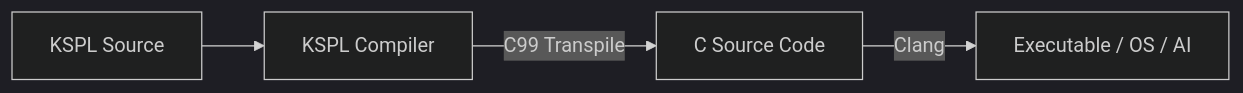
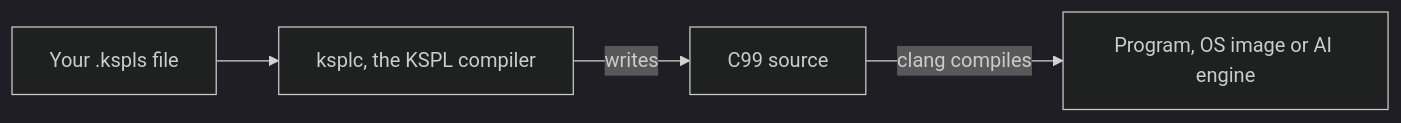
Before and after one commit to kansosystem-org/kspl-experimental: the diagram in README.md, drawn with Mermaid (dark theme). The commit also changed other lines of this file and 252 other files, not shown here.

````diff
--- a/README.md
+++ b/README.md
@@ -14,6 +20,6 @@
 ```mermaid
 flowchart LR
-    KSPL[KSPL Source] --> Compiler[KSPL Compiler]
-    Compiler -->|C99 Transpile| C[C Source Code]
-    C -->|Clang| Bin[Executable / OS / AI]
+    KSPL[Your .kspls file] --> Compiler[ksplc, the KSPL compiler]
+    Compiler -->|writes| C[C99 source]
+    C -->|clang compiles| Bin[Program, OS image or AI engine]
 ```
````
